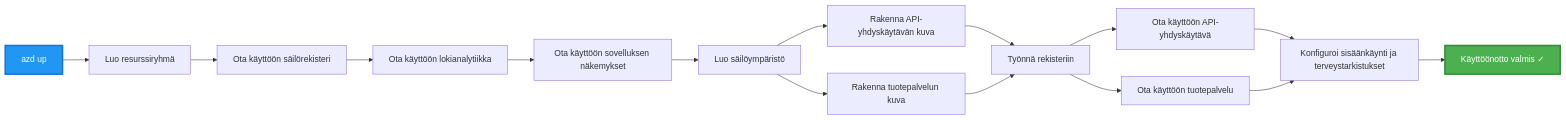
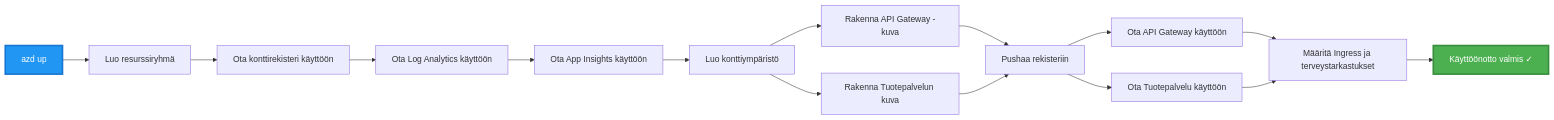
Before and after one commit to microsoft/AZD-for-beginners: the third of 4 diagrams in translations/fi/examples/microservices/README.md, drawn with Mermaid. The commit also changed other lines of this file and 242 other files, not shown here.

````diff
--- a/translations/fi/examples/microservices/README.md
+++ b/translations/fi/examples/microservices/README.md
@@ -242,20 +233,20 @@
 ```mermaid
 graph LR
     A[azd up] --> B[Luo resurssiryhmä]
-    B --> C[Ota käyttöön säilörekisteri]
-    C --> D[Ota käyttöön lokianalytiikka]
-    D --> E[Ota käyttöön sovelluksen näkemykset]
-    E --> F[Luo säilöympäristö]
-    F --> G[Rakenna API-yhdyskäytävän kuva]
-    F --> H[Rakenna tuotepalvelun kuva]
-    G --> I[Työnnä rekisteriin]
+    B --> C[Ota konttirekisteri käyttöön]
+    C --> D[Ota Log Analytics käyttöön]
+    D --> E[Ota App Insights käyttöön]
+    E --> F[Luo konttiympäristö]
+    F --> G[Rakenna API Gateway -kuva]
+    F --> H[Rakenna Tuotepalvelun kuva]
+    G --> I[Pushaa rekisteriin]
     H --> I
-    I --> J[Ota käyttöön API-yhdyskäytävä]
-    I --> K[Ota käyttöön tuotepalvelu]
-    J --> L[Konfiguroi sisäänkäynti ja terveystarkistukset]
+    I --> J[Ota API Gateway käyttöön]
+    I --> K[Ota Tuotepalvelu käyttöön]
+    J --> L[Määritä Ingress ja terveystarkastukset]
     K --> L
     L --> M[Käyttöönotto valmis ✓]
     
     style A fill:#2196F3,stroke:#1976D2,stroke-width:3px,color:#fff
     style M fill:#4CAF50,stroke:#388E3C,stroke-width:3px,color:#fff
 ```
````
